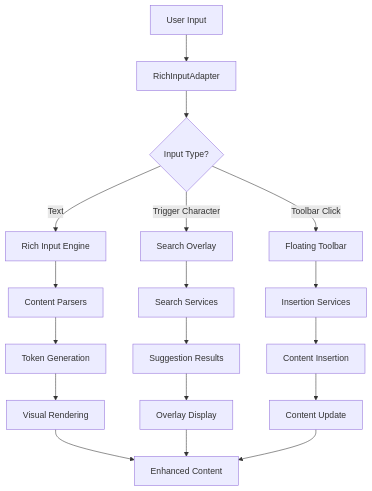
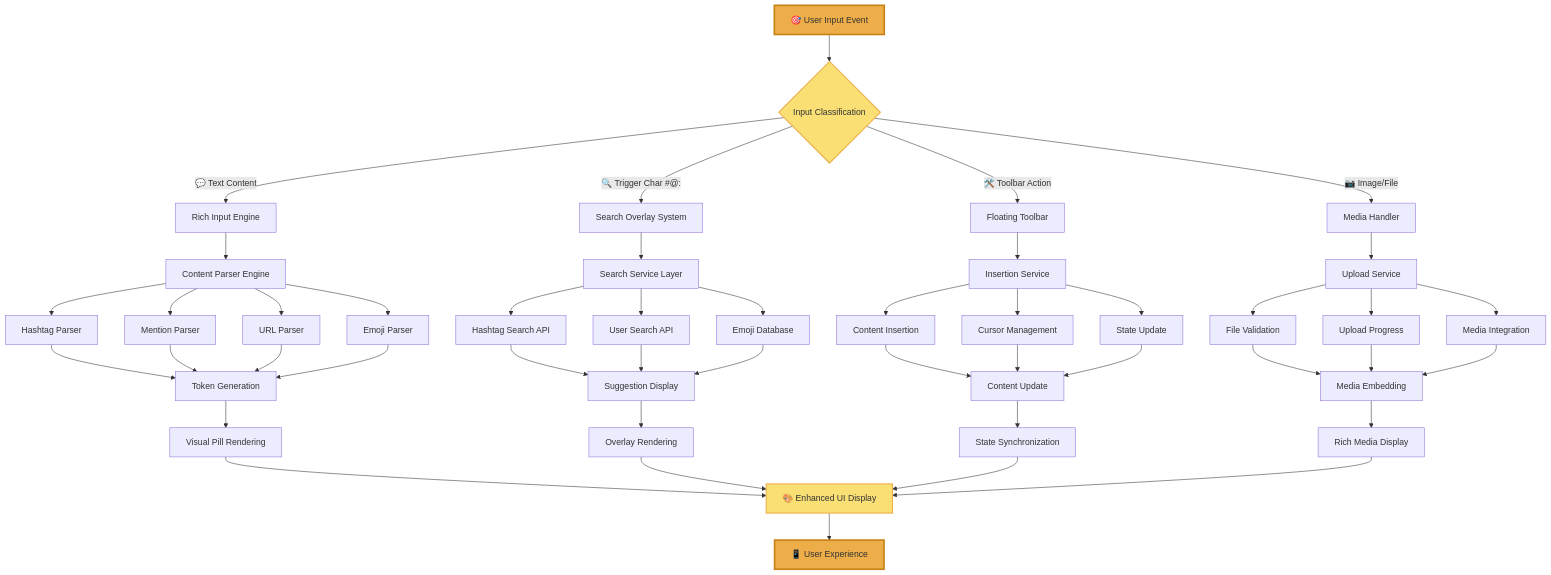
One commit to Underwood-Inc/idling.app__UI changed diagram 13 of 16 in src/components/rich-input-system/index.md. Above: the diagram before and after it, drawn with Mermaid. The commit also changed other lines of this file and 183 other files, not shown here.

````diff
--- a/src/components/rich-input-system/index.md
+++ b/src/components/rich-input-system/index.md
@@ -444,25 +893,65 @@
 ```mermaid
 flowchart TD
-    A[User Input] --> B[RichInputAdapter]
-    B --> C{Input Type?}
+    A[🎯 User Input Event] --> B{Input Classification}
 
-    C -->|Text| D[Rich Input Engine]
-    C -->|Trigger Character| E[Search Overlay]
-    C -->|Toolbar Click| F[Floating Toolbar]
+    B -->|💬 Text Content| C[Rich Input Engine]
+    B -->|🔍 Trigger Char #@:| D[Search Overlay System]
+    B -->|🛠️ Toolbar Action| E[Floating Toolbar]
+    B -->|📷 Image/File| F[Media Handler]
 
-    D --> G[Content Parsers]
-    E --> H[Search Services]
-    F --> I[Insertion Services]
+    C --> G[Content Parser Engine]
+    D --> H[Search Service Layer]
+    E --> I[Insertion Service]
+    F --> J[Upload Service]
 
-    G --> J[Token Generation]
-    H --> K[Suggestion Results]
-    I --> L[Content Insertion]
+    G --> G1[Hashtag Parser]
+    G --> G2[Mention Parser]
+    G --> G3[URL Parser]
+    G --> G4[Emoji Parser]
 
-    J --> M[Visual Rendering]
-    K --> N[Overlay Display]
-    L --> O[Content Update]
+    H --> H1[Hashtag Search API]
+    H --> H2[User Search API]
+    H --> H3[Emoji Database]
 
-    M --> P[Enhanced Content]
-    N --> P
-    O --> P
+    I --> I1[Content Insertion]
+    I --> I2[Cursor Management]
+    I --> I3[State Update]
+
+    J --> J1[File Validation]
+    J --> J2[Upload Progress]
+    J --> J3[Media Integration]
+
+    G1 --> K[Token Generation]
+    G2 --> K
+    G3 --> K
+    G4 --> K
+
+    H1 --> L[Suggestion Display]
+    H2 --> L
+    H3 --> L
+
+    I1 --> M[Content Update]
+    I2 --> M
+    I3 --> M
+
+    J1 --> N[Media Embedding]
+    J2 --> N
+    J3 --> N
+
+    K --> O[Visual Pill Rendering]
+    L --> P[Overlay Rendering]
+    M --> Q[State Synchronization]
+    N --> R[Rich Media Display]
+
+    O --> S[🎨 Enhanced UI Display]
+    P --> S
+    Q --> S
+    R --> S
+
+    S --> T[📱 User Experience]
+
+    style A fill:#edae49,stroke:#c68214,stroke-width:3px
+    style B fill:#f9df74,stroke:#edae49,stroke-width:2px
+    style S fill:#f9df74,stroke:#edae49,stroke-width:2px
+    style T fill:#edae49,stroke:#c68214,stroke-width:3px
 ```
````
